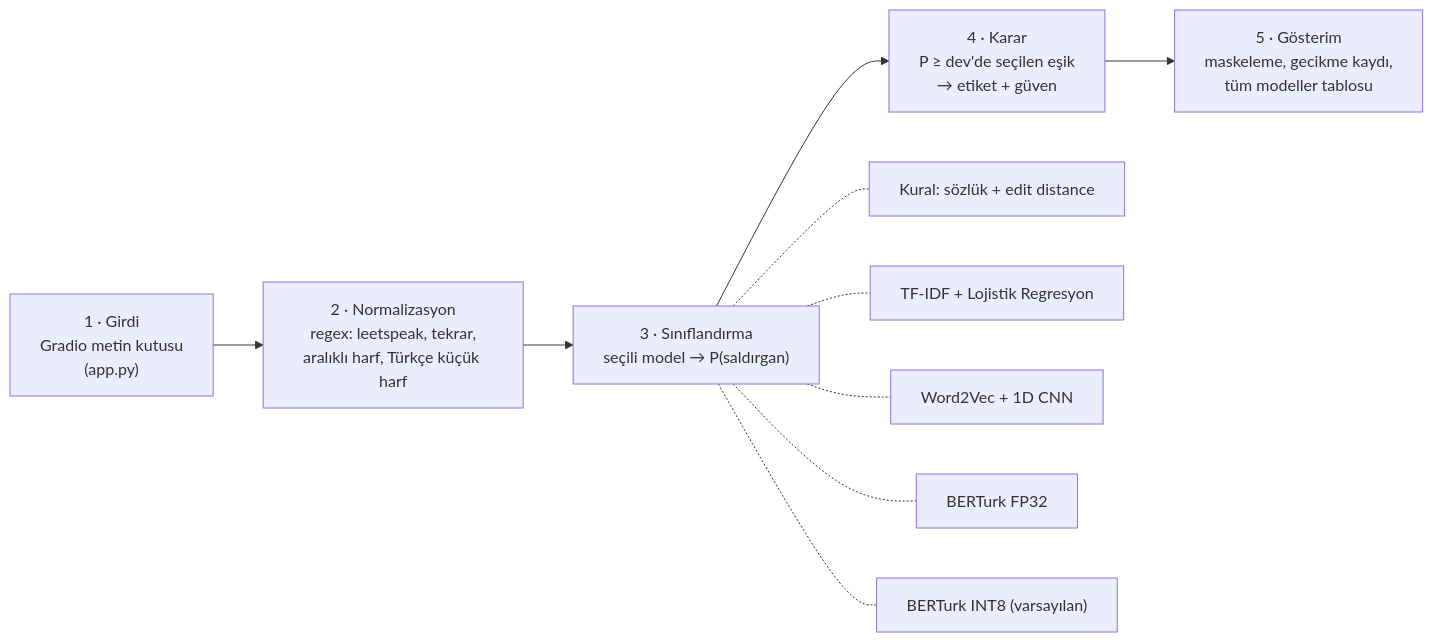
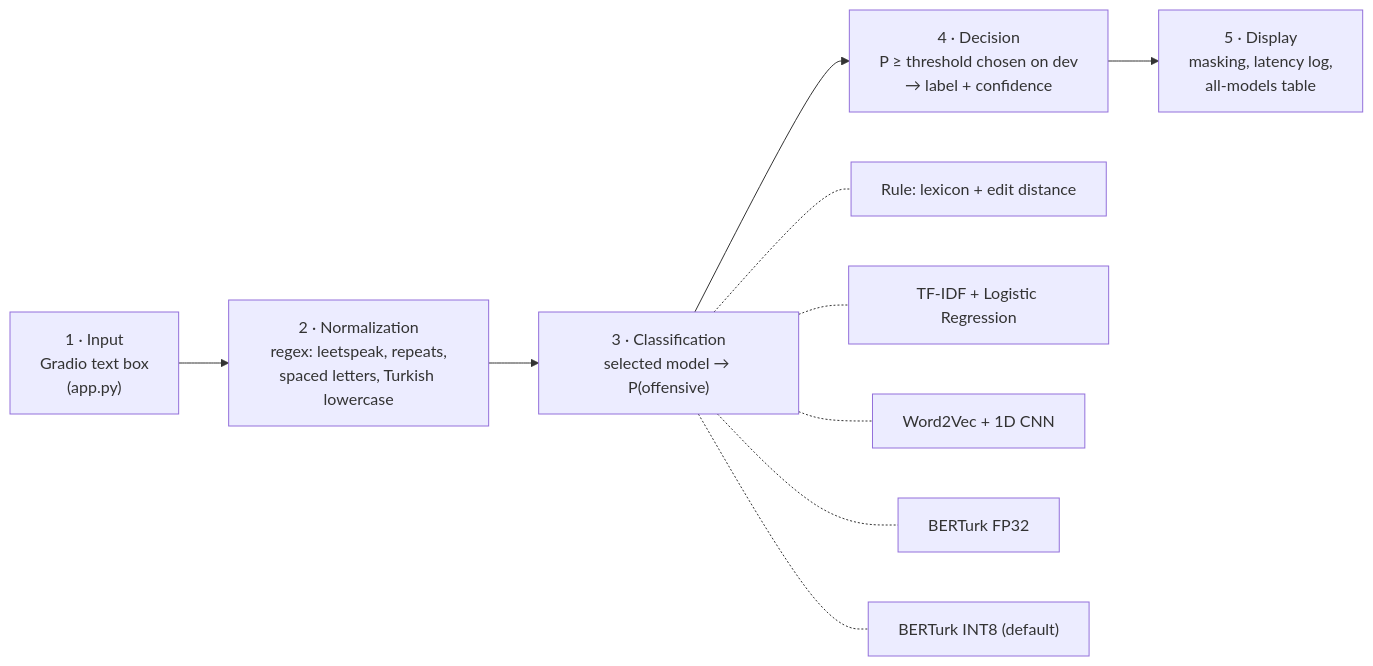
The diagram in README.md (dilaragultekin/uc4-turkce-sohbet-moderasyonu), drawn with Mermaid before and after one commit. The commit also changed other lines of this file and 1 other file, not shown here.

Commit message:
README and model card in English; only numbers from my own runs

````diff
--- a/README.md
+++ b/README.md
@@ -75,12 +77,12 @@
 ```mermaid
 flowchart LR
-    A["1 · Girdi<br/>Gradio metin kutusu<br/>(app.py)"] --> B["2 · Normalizasyon<br/>regex: leetspeak, tekrar,<br/>aralıklı harf, Türkçe küçük harf"]
-    B --> C["3 · Sınıflandırma<br/>seçili model → P(saldırgan)"]
-    C --> D["4 · Karar<br/>P ≥ dev'de seçilen eşik<br/>→ etiket + güven"]
-    D --> E["5 · Gösterim<br/>maskeleme, gecikme kaydı,<br/>tüm modeller tablosu"]
-    C -.- M1["Kural: sözlük + edit distance"]
-    C -.- M2["TF-IDF + Lojistik Regresyon"]
+    A["1 · Input<br/>Gradio text box<br/>(app.py)"] --> B["2 · Normalization<br/>regex: leetspeak, repeats,<br/>spaced letters, Turkish lowercase"]
+    B --> C["3 · Classification<br/>selected model → P(offensive)"]
+    C --> D["4 · Decision<br/>P ≥ threshold chosen on dev<br/>→ label + confidence"]
+    D --> E["5 · Display<br/>masking, latency log,<br/>all-models table"]
+    C -.- M1["Rule: lexicon + edit distance"]
+    C -.- M2["TF-IDF + Logistic Regression"]
     C -.- M3["Word2Vec + 1D CNN"]
     C -.- M4["BERTurk FP32"]
-    C -.- M5["BERTurk INT8 (varsayılan)"]
+    C -.- M5["BERTurk INT8 (default)"]
 ```
````
